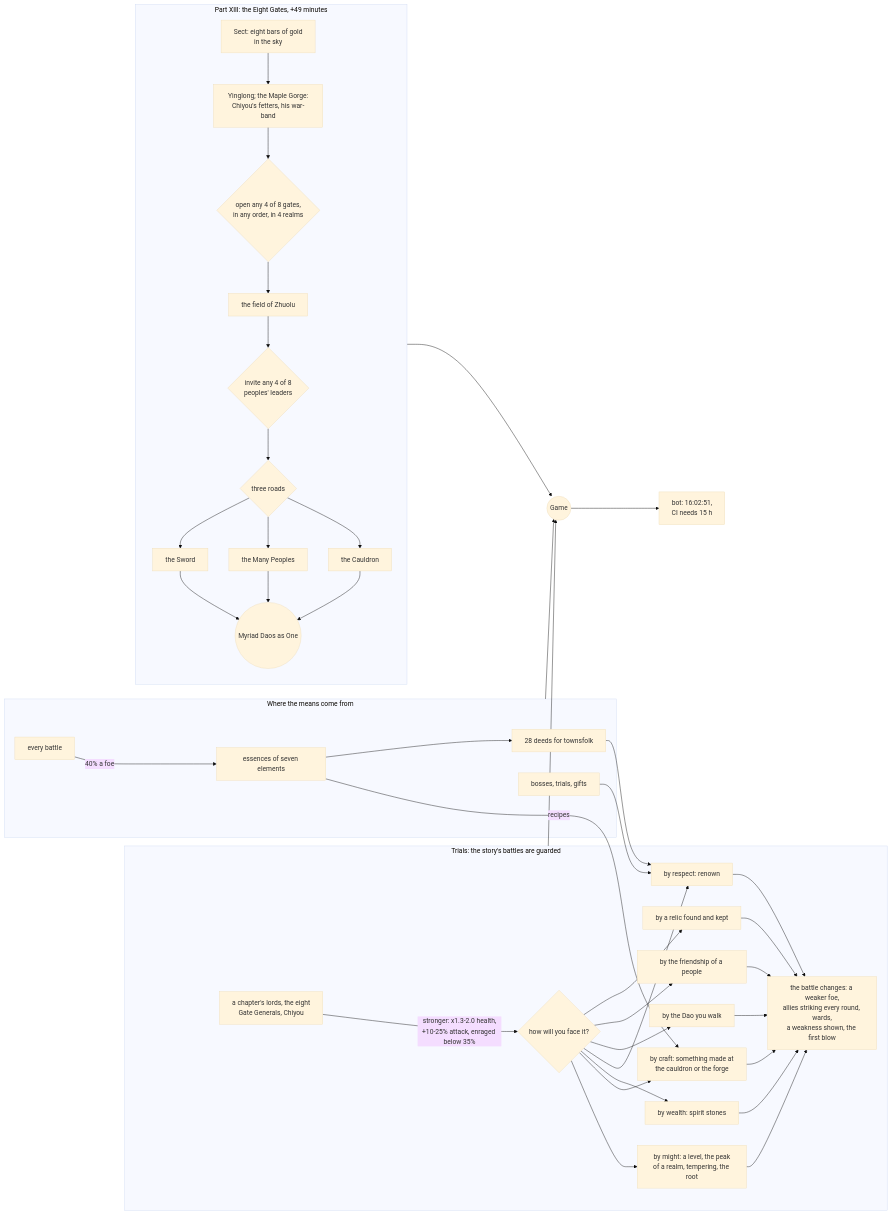
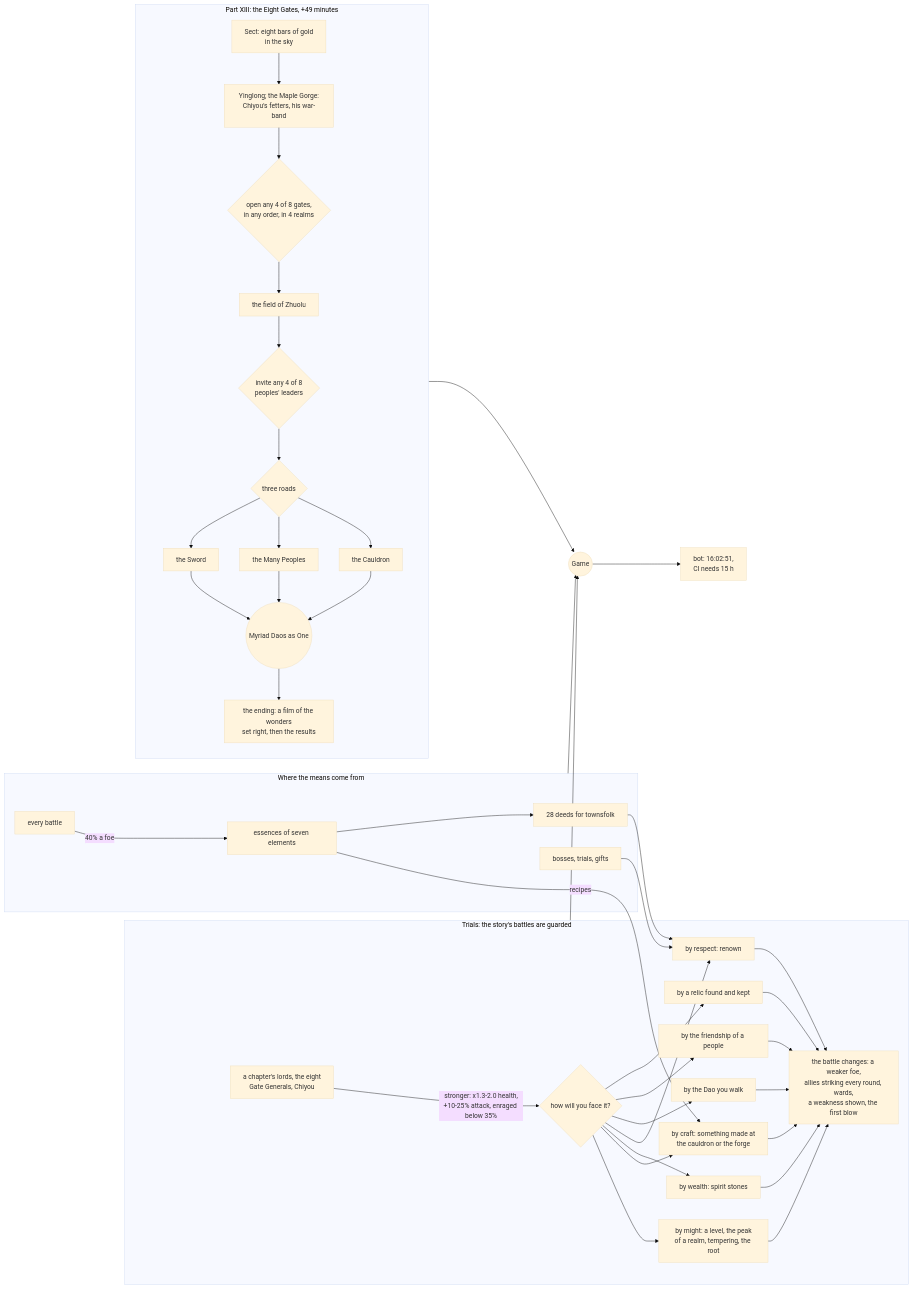
The first of 23 diagrams in README.md (jgyy/timegox), drawn with Mermaid (base theme) before and after one commit. The commit also changed other lines of this file and 5 other files, not shown here.

````diff
--- a/README.md
+++ b/README.md
@@ -20,38 +20,39 @@
 ```mermaid
 flowchart LR
     subgraph TR[Trials: the story's battles are guarded]
     B[a chapter's lords, the eight<br/>Gate Generals, Chiyou] -->|stronger: x1.3-2.0 health,<br/>+10-25% attack, enraged below 35%| T{how will you face it?}
     T --> MI[by might: a level, the peak<br/>of a realm, tempering, the root]
     T --> CR[by craft: something made at<br/>the cauldron or the forge]
     T --> WE[by wealth: spirit stones]
     T --> RE[by respect: renown]
     T --> DA[by the Dao you walk]
     T --> PE[by the friendship of a people]
     T --> RL[by a relic found and kept]
     MI --> BO[the battle changes: a weaker foe,<br/>allies striking every round, wards,<br/>a weakness shown, the first blow]
     CR --> BO
     WE --> BO
     RE --> BO
     DA --> BO
     PE --> BO
     RL --> BO
     end
     subgraph LO[Where the means come from]
     FI[every battle] -->|40% a foe| ES[essences of seven elements]
     ES -->|recipes| CR
     ES --> DE[28 deeds for townsfolk]
     DE --> RE
     BS[bosses, trials, gifts] --> RE
     end
     subgraph P13[Part XIII: the Eight Gates, +49 minutes]
     SE[Sect: eight bars of gold<br/>in the sky] --> MP[Yinglong; the Maple Gorge:<br/>Chiyou's fetters, his war-band] --> G{open any 4 of 8 gates,<br/>in any order, in 4 realms}
     G --> H[the field of Zhuolu] --> EN{invite any 4 of 8<br/>peoples' leaders} --> R{three roads}
     R --> SW[the Sword] --> E((Myriad Daos as One))
     R --> PP[the Many Peoples] --> E
     R --> CA[the Cauldron] --> E
+    E --> EF[the ending: a film of the wonders<br/>set right, then the results]
     end
     TR --> GAME((Game))
     LO --> GAME
     P13 --> GAME
     GAME --> BOT[bot: 16:02:51,<br/>CI needs 15 h]
 ```
````
